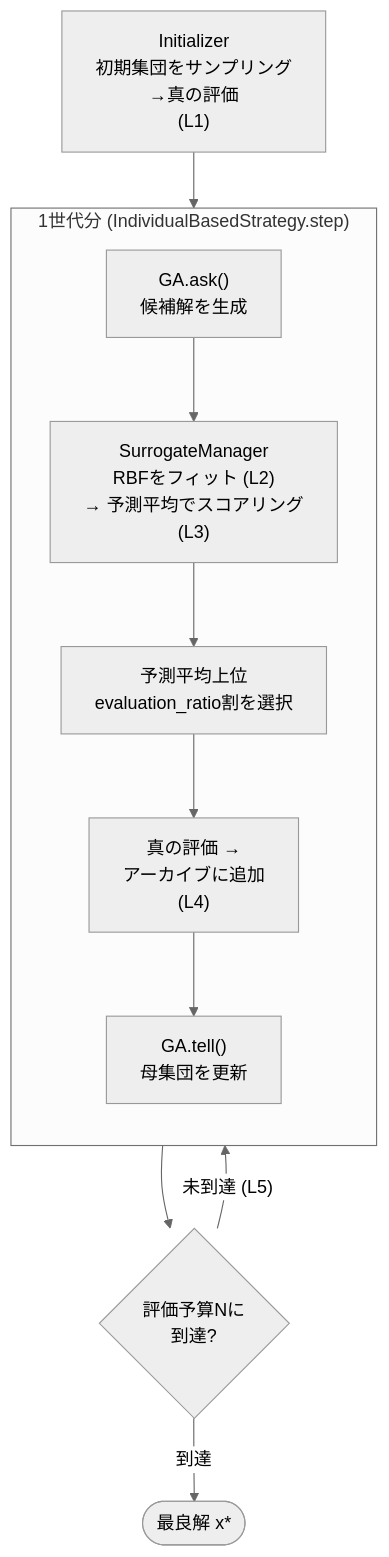
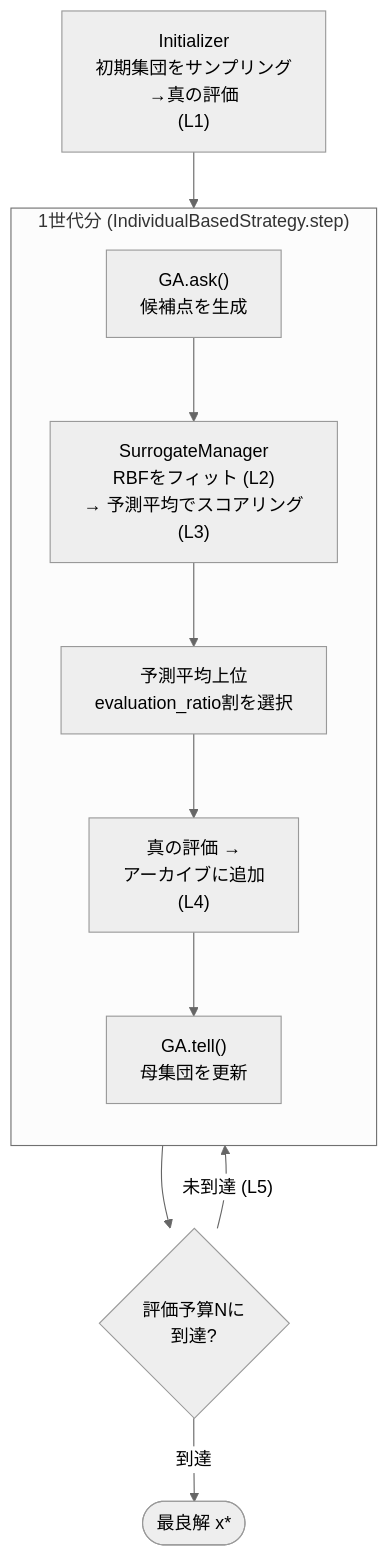
Before and after one commit to shlka/saealib: the diagram in docs/algorithms/rbf_cors.md, drawn with Mermaid (neutral theme). The commit also changed other lines of this file and 40 other files, not shown here.

````diff
--- a/docs/algorithms/rbf_cors.md
+++ b/docs/algorithms/rbf_cors.md
@@ -87,14 +87,14 @@
 ```{mermaid}
 flowchart TD
     INIT["Initializer<br/>初期集団をサンプリング<br/>→真の評価<br/>(L1)"] --> ASK
     subgraph GEN["1世代分 (IndividualBasedStrategy.step)"]
         direction TB
-        ASK["GA.ask()<br/>候補解を生成"] --> SCORE["SurrogateManager<br/>RBFをフィット (L2)<br/>→ 予測平均でスコアリング<br/>(L3)"]
+        ASK["GA.ask()<br/>候補点を生成"] --> SCORE["SurrogateManager<br/>RBFをフィット (L2)<br/>→ 予測平均でスコアリング<br/>(L3)"]
         SCORE --> SORT["予測平均上位<br/>evaluation_ratio割を選択"]
         SORT --> EVAL["真の評価 →<br/>アーカイブに追加<br/>(L4)"]
         EVAL --> TELL["GA.tell()<br/>母集団を更新"]
     end
     GEN --> TERM{"評価予算Nに<br/>到達?"}
     TERM -- "未到達 (L5)" --> ASK
     TERM -- "到達" --> RESULT(["最良解 x*"])
 ```
````
